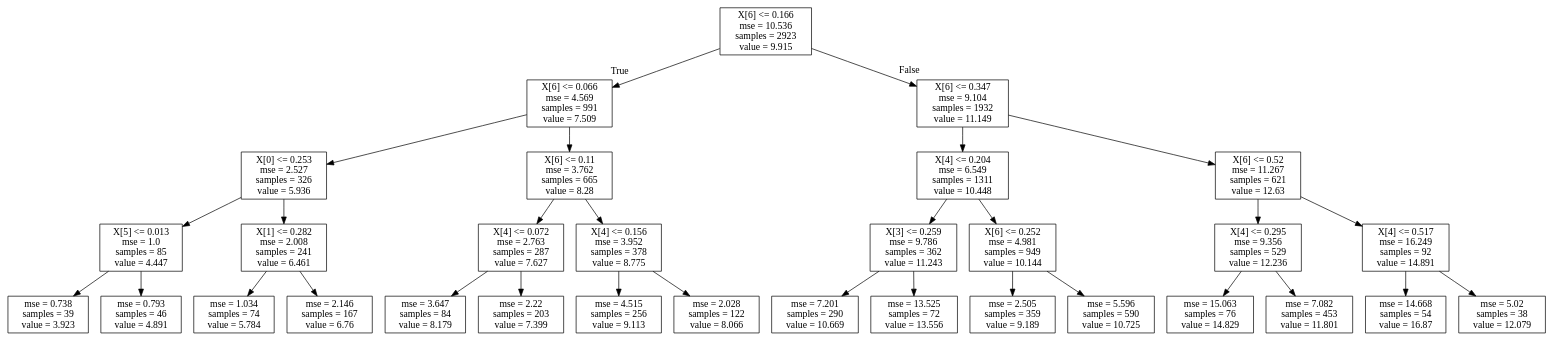
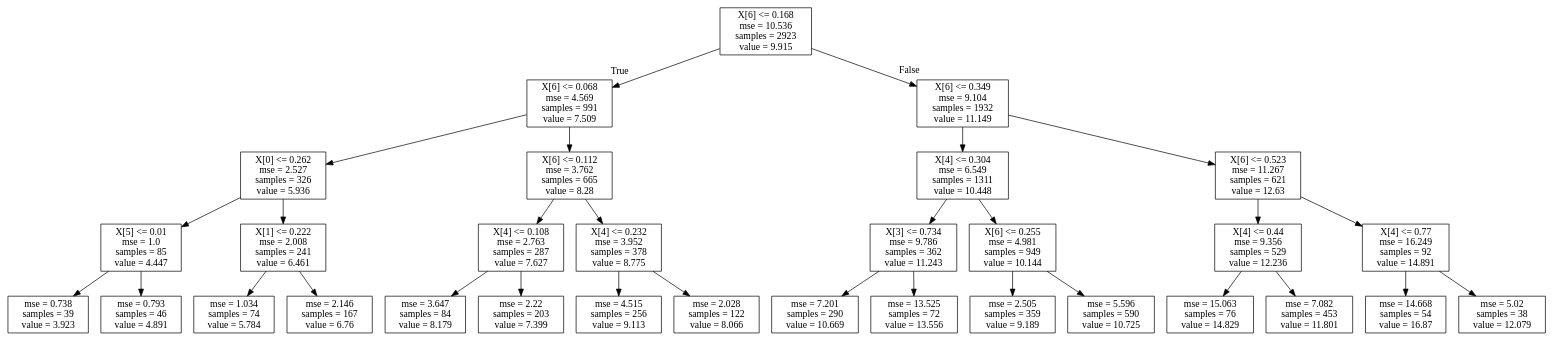
Before and after one commit to HelloJinoo/Machine-Learning: the diagram in Data science/DTregression_tree.dot, drawn with Graphviz. The commit also changed 10 other files, not shown here.

```diff
--- a/Data science/DTregression_tree.dot
+++ b/Data science/DTregression_tree.dot
@@ -1,64 +1,64 @@
 digraph Tree {
 node [shape=box] ;
-0 [label="X[6] <= 0.166\nmse = 10.536\nsamples = 2923\nvalue = 9.915"] ;
-1 [label="X[6] <= 0.066\nmse = 4.569\nsamples = 991\nvalue = 7.509"] ;
+0 [label="X[6] <= 0.168\nmse = 10.536\nsamples = 2923\nvalue = 9.915"] ;
+1 [label="X[6] <= 0.068\nmse = 4.569\nsamples = 991\nvalue = 7.509"] ;
 0 -> 1 [labeldistance=2.5, labelangle=45, headlabel="True"] ;
-2 [label="X[0] <= 0.253\nmse = 2.527\nsamples = 326\nvalue = 5.936"] ;
+2 [label="X[0] <= 0.262\nmse = 2.527\nsamples = 326\nvalue = 5.936"] ;
 1 -> 2 ;
-3 [label="X[5] <= 0.013\nmse = 1.0\nsamples = 85\nvalue = 4.447"] ;
+3 [label="X[5] <= 0.01\nmse = 1.0\nsamples = 85\nvalue = 4.447"] ;
 2 -> 3 ;
 4 [label="mse = 0.738\nsamples = 39\nvalue = 3.923"] ;
 3 -> 4 ;
 5 [label="mse = 0.793\nsamples = 46\nvalue = 4.891"] ;
 3 -> 5 ;
-6 [label="X[1] <= 0.282\nmse = 2.008\nsamples = 241\nvalue = 6.461"] ;
+6 [label="X[1] <= 0.222\nmse = 2.008\nsamples = 241\nvalue = 6.461"] ;
 2 -> 6 ;
 7 [label="mse = 1.034\nsamples = 74\nvalue = 5.784"] ;
 6 -> 7 ;
 8 [label="mse = 2.146\nsamples = 167\nvalue = 6.76"] ;
 6 -> 8 ;
-9 [label="X[6] <= 0.11\nmse = 3.762\nsamples = 665\nvalue = 8.28"] ;
+9 [label="X[6] <= 0.112\nmse = 3.762\nsamples = 665\nvalue = 8.28"] ;
 1 -> 9 ;
-10 [label="X[4] <= 0.072\nmse = 2.763\nsamples = 287\nvalue = 7.627"] ;
+10 [label="X[4] <= 0.108\nmse = 2.763\nsamples = 287\nvalue = 7.627"] ;
 9 -> 10 ;
 11 [label="mse = 3.647\nsamples = 84\nvalue = 8.179"] ;
 10 -> 11 ;
 12 [label="mse = 2.22\nsamples = 203\nvalue = 7.399"] ;
 10 -> 12 ;
-13 [label="X[4] <= 0.156\nmse = 3.952\nsamples = 378\nvalue = 8.775"] ;
+13 [label="X[4] <= 0.232\nmse = 3.952\nsamples = 378\nvalue = 8.775"] ;
 9 -> 13 ;
 14 [label="mse = 4.515\nsamples = 256\nvalue = 9.113"] ;
 13 -> 14 ;
 15 [label="mse = 2.028\nsamples = 122\nvalue = 8.066"] ;
 13 -> 15 ;
-16 [label="X[6] <= 0.347\nmse = 9.104\nsamples = 1932\nvalue = 11.149"] ;
+16 [label="X[6] <= 0.349\nmse = 9.104\nsamples = 1932\nvalue = 11.149"] ;
 0 -> 16 [labeldistance=2.5, labelangle=-45, headlabel="False"] ;
-17 [label="X[4] <= 0.204\nmse = 6.549\nsamples = 1311\nvalue = 10.448"] ;
+17 [label="X[4] <= 0.304\nmse = 6.549\nsamples = 1311\nvalue = 10.448"] ;
 16 -> 17 ;
-18 [label="X[3] <= 0.259\nmse = 9.786\nsamples = 362\nvalue = 11.243"] ;
+18 [label="X[3] <= 0.734\nmse = 9.786\nsamples = 362\nvalue = 11.243"] ;
 17 -> 18 ;
 19 [label="mse = 7.201\nsamples = 290\nvalue = 10.669"] ;
 18 -> 19 ;
 20 [label="mse = 13.525\nsamples = 72\nvalue = 13.556"] ;
 18 -> 20 ;
-21 [label="X[6] <= 0.252\nmse = 4.981\nsamples = 949\nvalue = 10.144"] ;
+21 [label="X[6] <= 0.255\nmse = 4.981\nsamples = 949\nvalue = 10.144"] ;
 17 -> 21 ;
 22 [label="mse = 2.505\nsamples = 359\nvalue = 9.189"] ;
 21 -> 22 ;
 23 [label="mse = 5.596\nsamples = 590\nvalue = 10.725"] ;
 21 -> 23 ;
-24 [label="X[6] <= 0.52\nmse = 11.267\nsamples = 621\nvalue = 12.63"] ;
+24 [label="X[6] <= 0.523\nmse = 11.267\nsamples = 621\nvalue = 12.63"] ;
 16 -> 24 ;
-25 [label="X[4] <= 0.295\nmse = 9.356\nsamples = 529\nvalue = 12.236"] ;
+25 [label="X[4] <= 0.44\nmse = 9.356\nsamples = 529\nvalue = 12.236"] ;
 24 -> 25 ;
 26 [label="mse = 15.063\nsamples = 76\nvalue = 14.829"] ;
 25 -> 26 ;
 27 [label="mse = 7.082\nsamples = 453\nvalue = 11.801"] ;
 25 -> 27 ;
-28 [label="X[4] <= 0.517\nmse = 16.249\nsamples = 92\nvalue = 14.891"] ;
+28 [label="X[4] <= 0.77\nmse = 16.249\nsamples = 92\nvalue = 14.891"] ;
 24 -> 28 ;
 29 [label="mse = 14.668\nsamples = 54\nvalue = 16.87"] ;
 28 -> 29 ;
 30 [label="mse = 5.02\nsamples = 38\nvalue = 12.079"] ;
 28 -> 30 ;
 }
```
